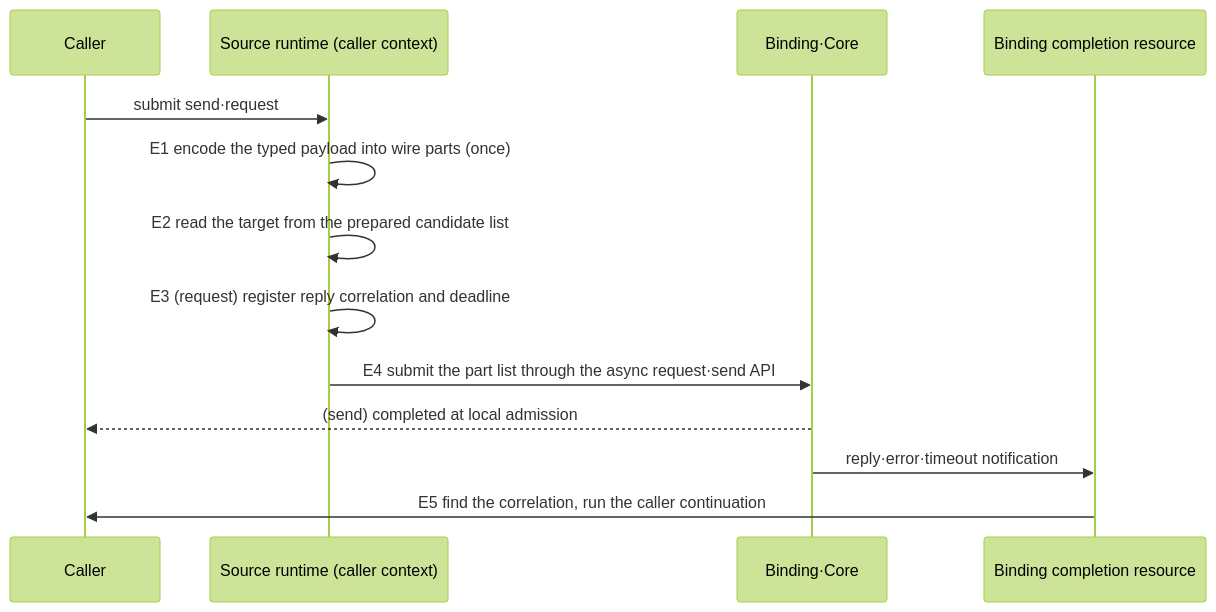
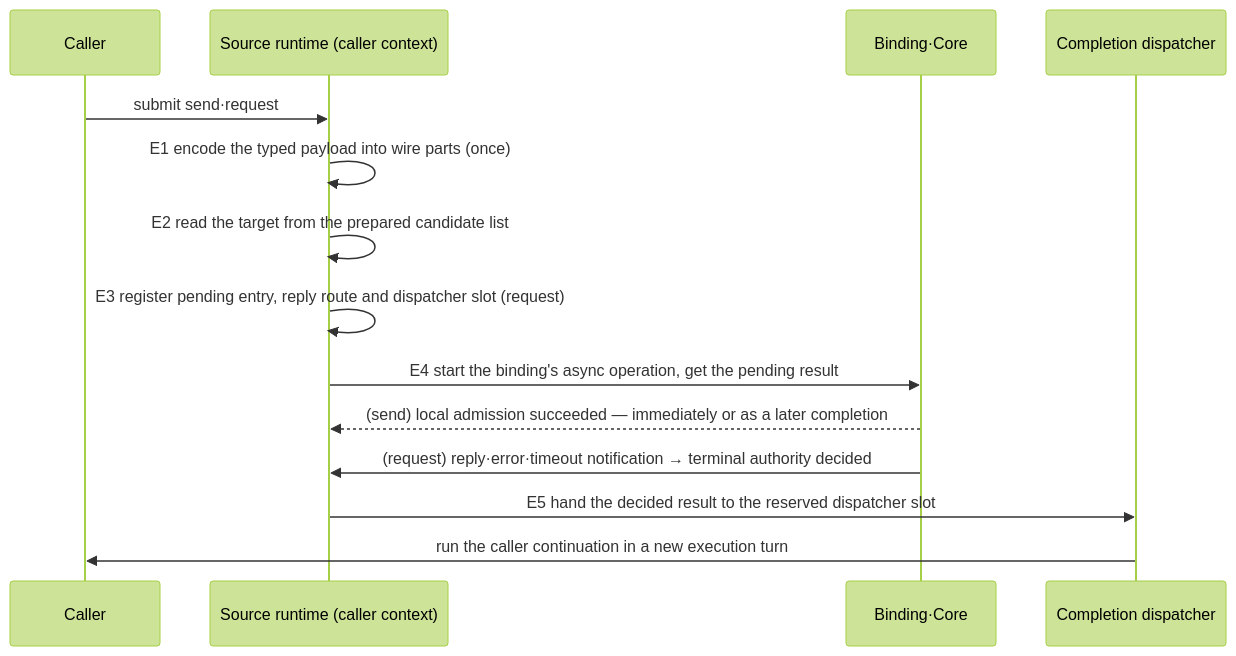
Before and after one commit to zlink-systems/zlink: the first of 2 diagrams in framework/doc/framework/common/spec/server/01-execution/08-messaging-hot-path.en.md, drawn with Mermaid (forest theme). The commit also changed other lines of this file and 2 other files, not shown here.

First line of the commit message:
spec(framework): messaging hot path — codex 리뷰 20건 반영(E5는 completion dispatcher 새 turn, E3 등록 순서와 상태 분류, permit 0 경로, control record 처리 위치, send 완료 시점, Spot direct cache 적중 범위, Node 대기 방식, 검증은 공개 결과만)

````diff
--- a/framework/doc/framework/common/spec/server/01-execution/08-messaging-hot-path.en.md
+++ b/framework/doc/framework/common/spec/server/01-execution/08-messaging-hot-path.en.md
@@ -70,16 +79,17 @@
 ```mermaid
 sequenceDiagram
     participant C as Caller
     participant R as Source runtime (caller context)
     participant B as Binding·Core
-    participant X as Binding completion resource
+    participant D as Completion dispatcher
 
     C->>R: submit send·request
     R->>R: E1 encode the typed payload into wire parts (once)
     R->>R: E2 read the target from the prepared candidate list
-    R->>R: E3 (request) register reply correlation and deadline
-    R->>B: E4 submit the part list through the async request·send API
-    B-->>C: (send) completed at local admission
-    B->>X: reply·error·timeout notification
-    X->>C: E5 find the correlation, run the caller continuation
+    R->>R: E3 register pending entry, reply route and dispatcher slot (request)
+    R->>B: E4 start the binding's async operation, get the pending result
+    B-->>R: (send) local admission succeeded — immediately or as a later completion
+    B->>R: (request) reply·error·timeout notification → terminal authority decided
+    R->>D: E5 hand the decided result to the reserved dispatcher slot
+    D->>C: run the caller continuation in a new execution turn
 ```
````
